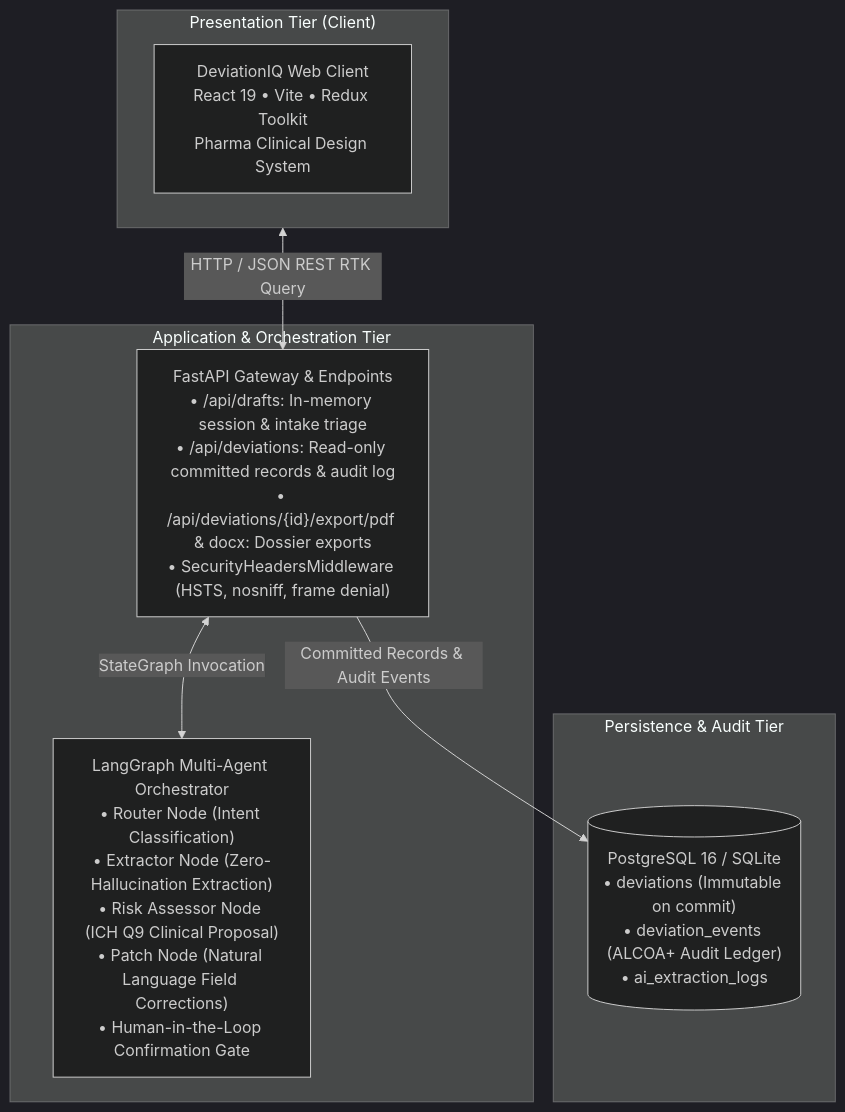
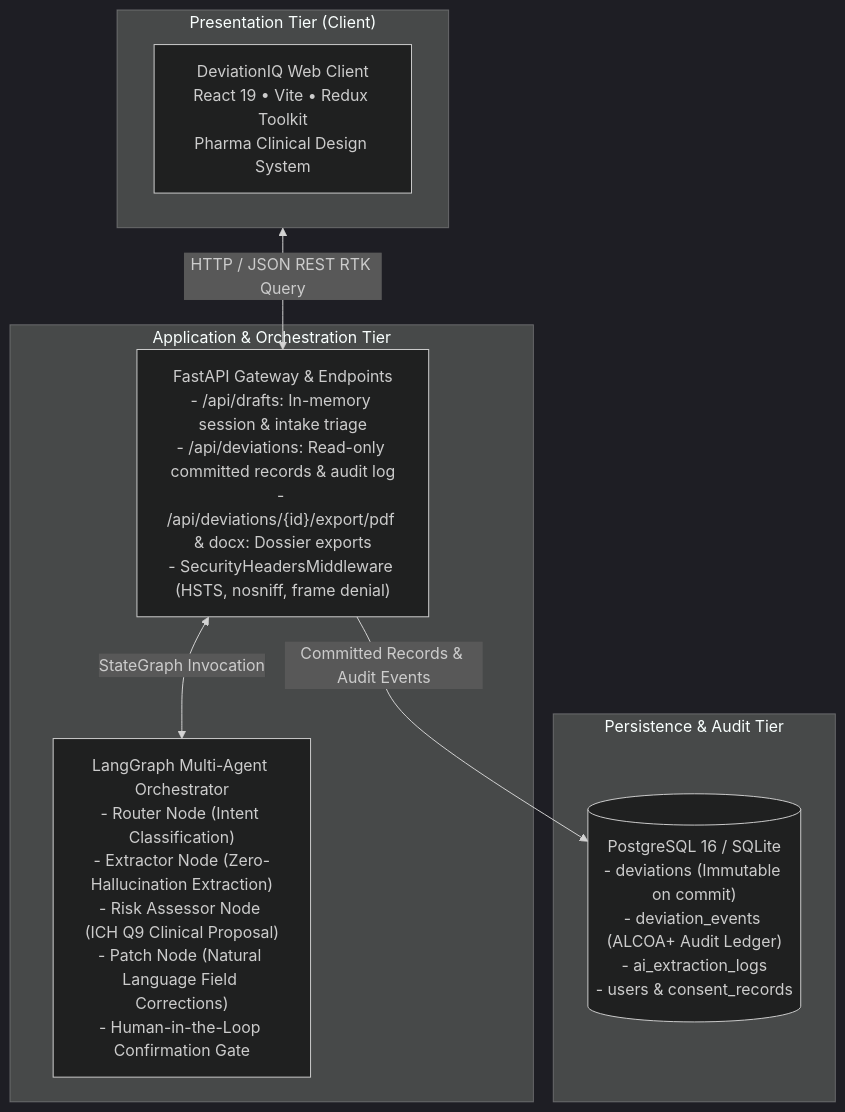
The diagram in README.md (BEAST-AMMAR/Deviation-QMS-IQ), drawn with Mermaid (dark theme) before and after one commit. The commit also changed other lines of this file and 11 other files, not shown here.

Commit message:
feat(security): enforce multi-tenant user data isolation, IDOR defense, and fix README diagram rendering

````diff
--- a/README.md
+++ b/README.md
@@ -20,20 +20,20 @@
 ```mermaid
 flowchart TD
     subgraph Client["Presentation Tier (Client)"]
-        UI["DeviationIQ Web Client<br/>React 19 • Vite • Redux Toolkit<br/>Pharma Clinical Design System"]
+        UI["DeviationIQ Web Client<br/>React 19 &bull; Vite &bull; Redux Toolkit<br/>Pharma Clinical Design System"]
     end
 
     subgraph AppTier["Application & Orchestration Tier"]
-        API["FastAPI Gateway & Endpoints<br/>• /api/drafts: In-memory session & intake triage<br/>• /api/deviations: Read-only committed records & audit log<br/>• /api/deviations/{id}/export/pdf & docx: Dossier exports<br/>• SecurityHeadersMiddleware (HSTS, nosniff, frame denial)"]
+        API["FastAPI Gateway & Endpoints<br/>- /api/drafts: In-memory session & intake triage<br/>- /api/deviations: Read-only committed records & audit log<br/>- /api/deviations/{id}/export/pdf & docx: Dossier exports<br/>- SecurityHeadersMiddleware (HSTS, nosniff, frame denial)"]
         
-        LG["LangGraph Multi-Agent Orchestrator<br/>• Router Node (Intent Classification)<br/>• Extractor Node (Zero-Hallucination Extraction)<br/>• Risk Assessor Node (ICH Q9 Clinical Proposal)<br/>• Patch Node (Natural Language Field Corrections)<br/>• Human-in-the-Loop Confirmation Gate"]
+        LG["LangGraph Multi-Agent Orchestrator<br/>- Router Node (Intent Classification)<br/>- Extractor Node (Zero-Hallucination Extraction)<br/>- Risk Assessor Node (ICH Q9 Clinical Proposal)<br/>- Patch Node (Natural Language Field Corrections)<br/>- Human-in-the-Loop Confirmation Gate"]
     end
 
     subgraph DataTier["Persistence & Audit Tier"]
-        DB[("PostgreSQL 16 / SQLite<br/>• deviations (Immutable on commit)<br/>• deviation_events (ALCOA+ Audit Ledger)<br/>• ai_extraction_logs")]
+        DB[("PostgreSQL 16 / SQLite<br/>- deviations (Immutable on commit)<br/>- deviation_events (ALCOA+ Audit Ledger)<br/>- ai_extraction_logs<br/>- users & consent_records")]
     end
 
     Client <-->|HTTP / JSON REST RTK Query| API
     API <-->|StateGraph Invocation| LG
     API -->|Committed Records & Audit Events| DB
 ```
````
